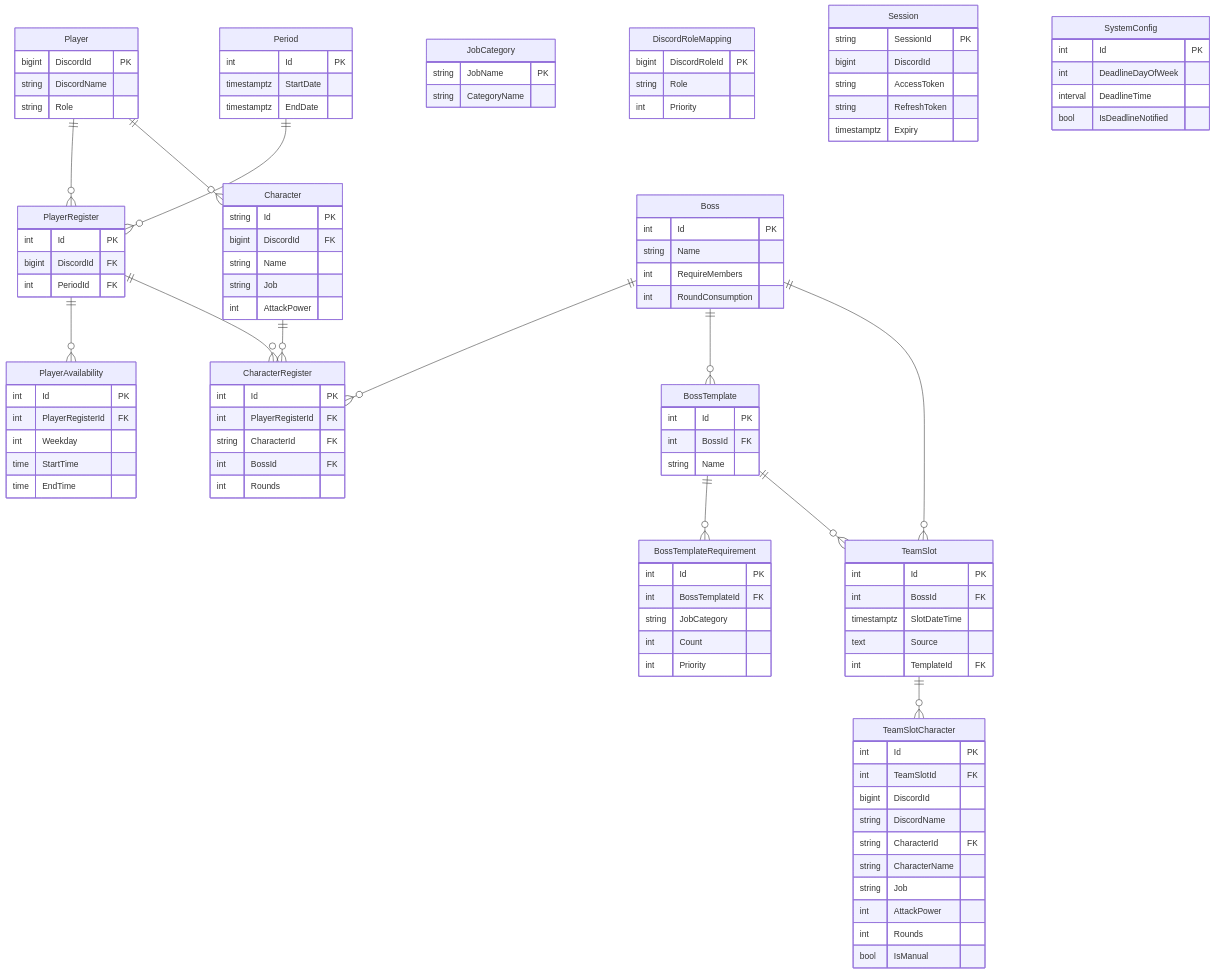
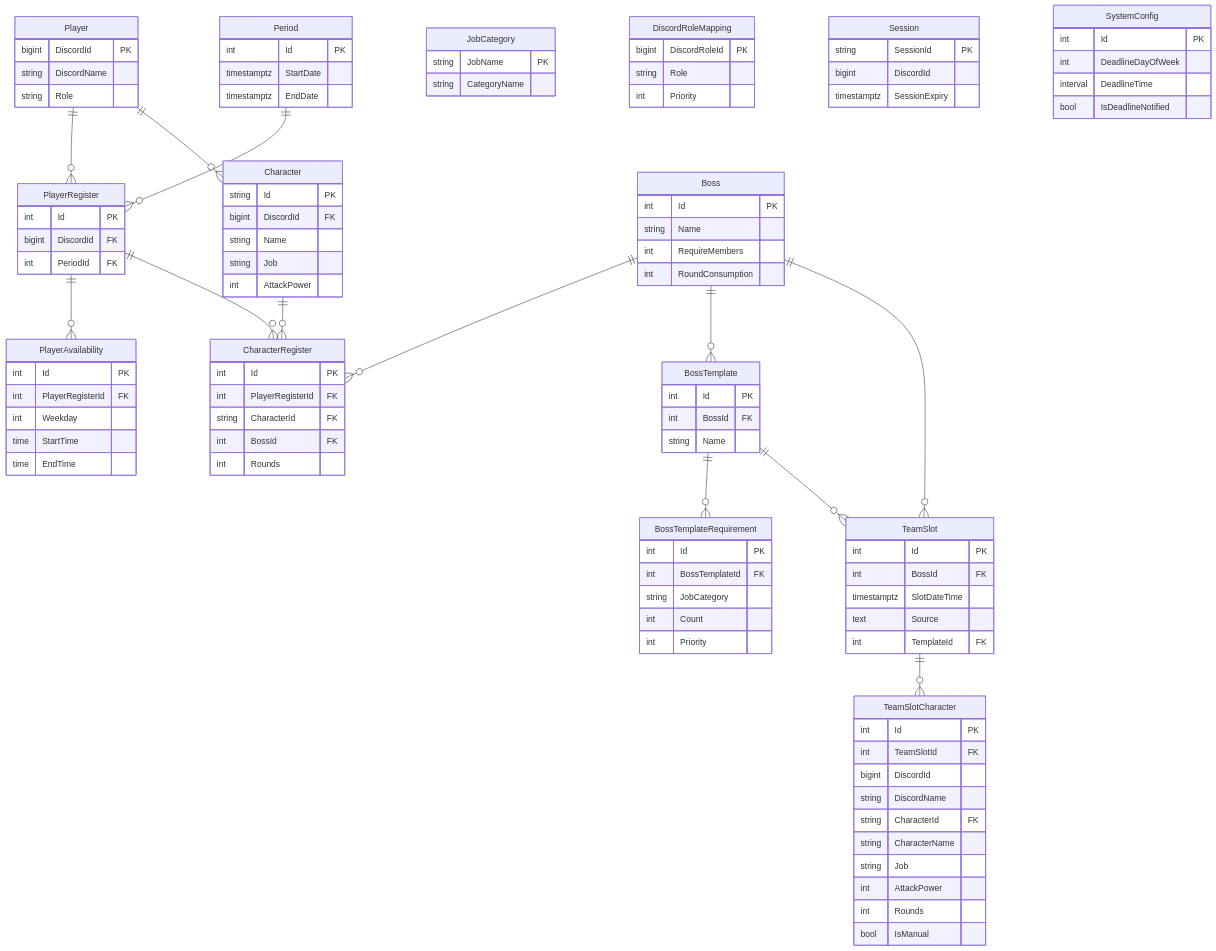
The fifth of 8 diagrams in docs/architecture.md (MinMiss5678/MapleStoryRaidScheduler), drawn with Mermaid before and after one commit. The commit also changed 25 other files, not shown here.

First line of the commit message:
feat(session): session 與 Discord token TTL 解耦（Phase 1） (#13)

```diff
--- a/docs/architecture.md
+++ b/docs/architecture.md
@@ -524,9 +524,7 @@
     Session {
         string SessionId PK
         bigint DiscordId
-        string AccessToken
-        string RefreshToken
-        timestamptz Expiry
+        timestamptz SessionExpiry
     }
 
     SystemConfig {
```
